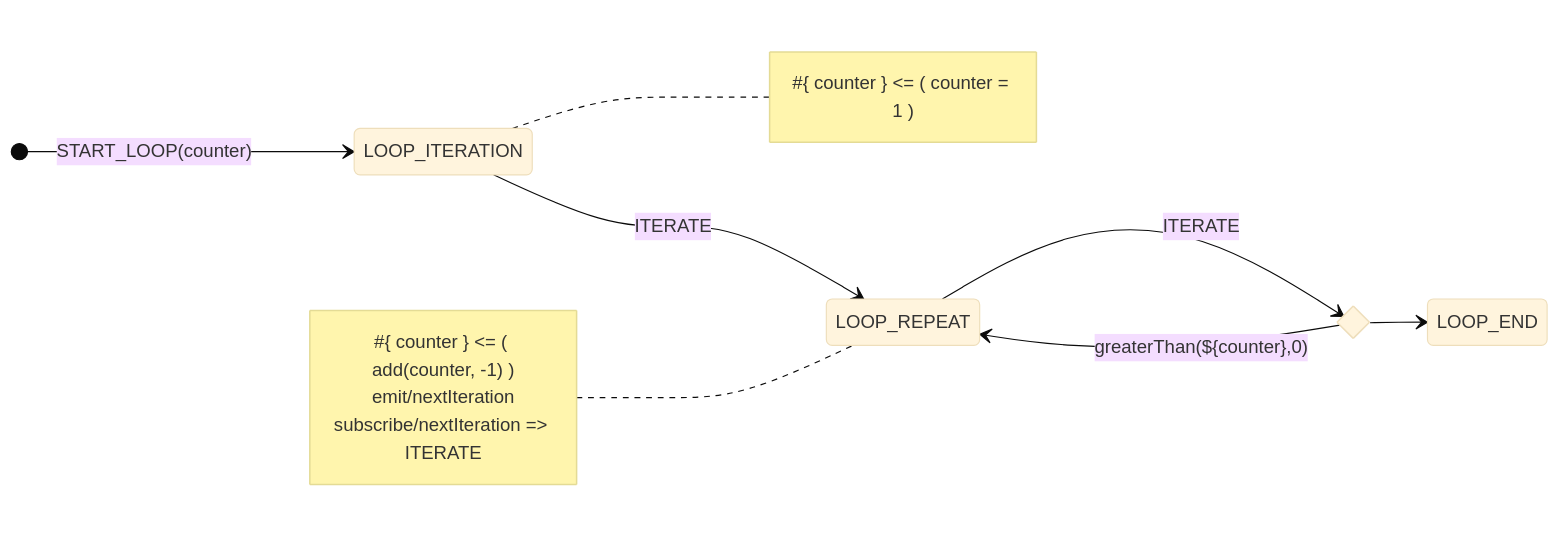
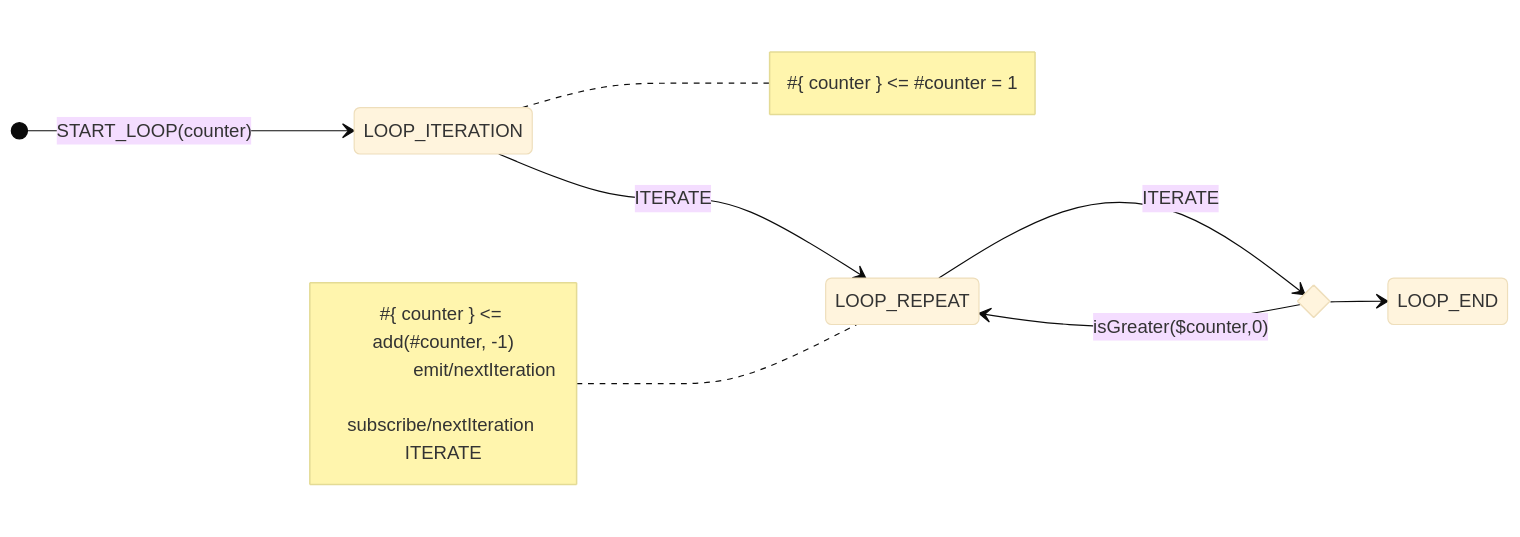
One commit to tfcp68/yantrix changed the diagram in docs/syntax/index.md. Above: the diagram before and after it, drawn with Mermaid (base theme). The commit also changed other lines of this file and 12 other files, not shown here.

````diff
--- a/docs/syntax/index.md
+++ b/docs/syntax/index.md
@@ -39,18 +39,18 @@
 ```mermaid
 stateDiagram-v2
-    direction LR
-    [*] --> LOOP_ITERATION: START_LOOP(counter)
-    LOOP_ITERATION --> LOOP_REPEAT: ITERATE
-    state loop_ends <<choice>>
-    LOOP_REPEAT --> loop_ends: ITERATE
-    loop_ends --> LOOP_REPEAT: greaterThan(${counter},0)
-    loop_ends --> LOOP_END
-    note right of LOOP_ITERATION
-        #{ counter } <= ( counter = 1 )
-    end note
-    note left of LOOP_REPEAT
-        #{ counter } <= ( add(counter, -1) )
-        emit/nextIteration
-        subscribe/nextIteration => ITERATE
-    end note
+	direction LR
+	[*] --> LOOP_ITERATION: START_LOOP(counter)
+	LOOP_ITERATION --> LOOP_REPEAT: ITERATE
+	state loop_ends <<choice>>
+	LOOP_REPEAT --> loop_ends: ITERATE
+	loop_ends --> LOOP_REPEAT: isGreater($counter,0)
+	loop_ends --> LOOP_END
+	note right of LOOP_ITERATION
+		#{ counter } <= #counter = 1
+	end note
+	note left of LOOP_REPEAT
+		#{ counter } <= add(#counter, -1)
+		emit/nextIteration
+		subscribe/nextIteration ITERATE
+	end note
 ```
````
